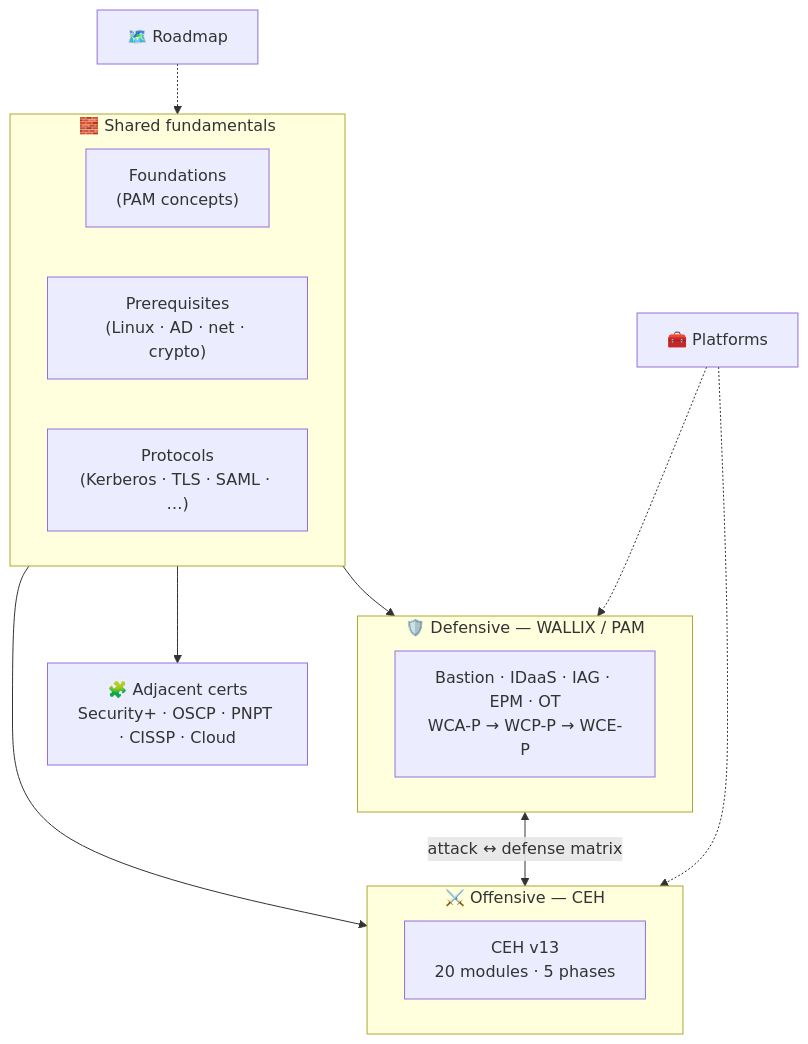
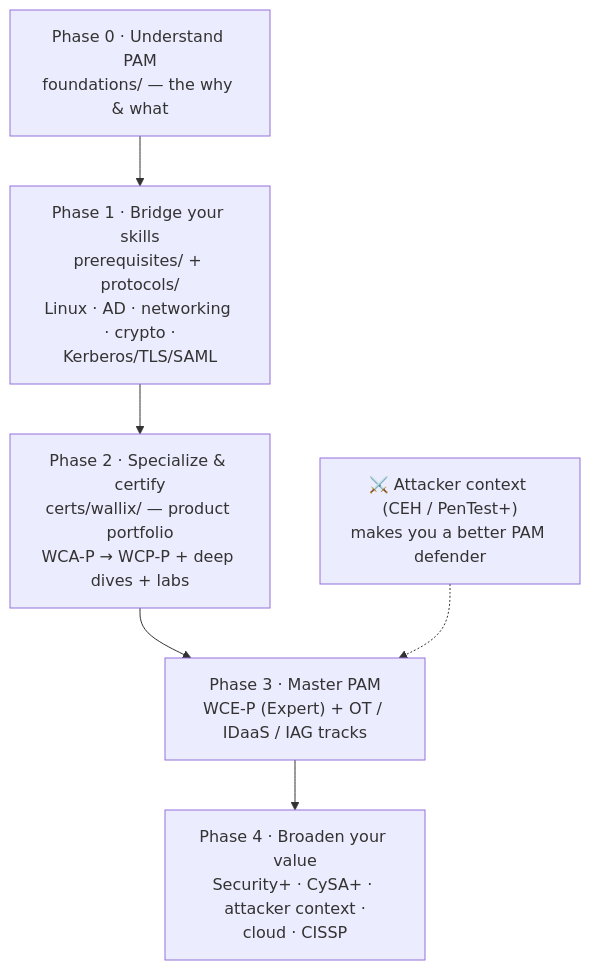
Before and after one commit to morandeirachema/WallixCerts: the first of 3 diagrams in README.md, drawn with Mermaid. The commit also changed other lines of this file, not shown here.

First line of the commit message:
Rewrite README as a PAM-first learning path for sysadmins moving into security

````diff
--- a/README.md
+++ b/README.md
@@ -51,21 +66,10 @@
 ```mermaid
 flowchart TB
-    subgraph BASE["🧱 Shared fundamentals"]
-        FND["Foundations<br/>(PAM concepts)"]
-        PRE["Prerequisites<br/>(Linux · AD · net · crypto)"]
-        PRO["Protocols<br/>(Kerberos · TLS · SAML · …)"]
-    end
-    subgraph DEF["🛡️ Defensive — WALLIX / PAM"]
-        WAL["Bastion · IDaaS · IAG · EPM · OT<br/>WCA-P → WCP-P → WCE-P"]
-    end
-    subgraph OFF["⚔️ Offensive — CEH"]
-        CEH["CEH v13<br/>20 modules · 5 phases"]
-    end
-    BASE --> DEF
-    BASE --> OFF
-    DEF <-->|"attack ↔ defense matrix"| OFF
-    BASE --> ADJ["🧩 Adjacent certs<br/>Security+ · OSCP · PNPT · CISSP · Cloud"]
-    ROAD["🗺️ Roadmap"] -.-> BASE
-    PLAT["🧰 Platforms"] -.-> DEF
-    PLAT -.-> OFF
+    P0["Phase 0 · Understand PAM<br/>foundations/ — the why & what"]
+    P1["Phase 1 · Bridge your skills<br/>prerequisites/ + protocols/<br/>Linux · AD · networking · crypto ·<br/>Kerberos/TLS/SAML"]
+    P2["Phase 2 · Specialize & certify<br/>certs/wallix/ — product portfolio<br/>WCA-P → WCP-P + deep dives + labs"]
+    P3["Phase 3 · Master PAM<br/>WCE-P (Expert) + OT / IDaaS / IAG tracks"]
+    P4["Phase 4 · Broaden your value<br/>Security+ · CySA+ · attacker context ·<br/>cloud · CISSP"]
+    P0 --> P1 --> P2 --> P3 --> P4
+    ATT["⚔️ Attacker context (CEH / PenTest+)<br/>makes you a better PAM defender"] -.-> P3
 ```
````
